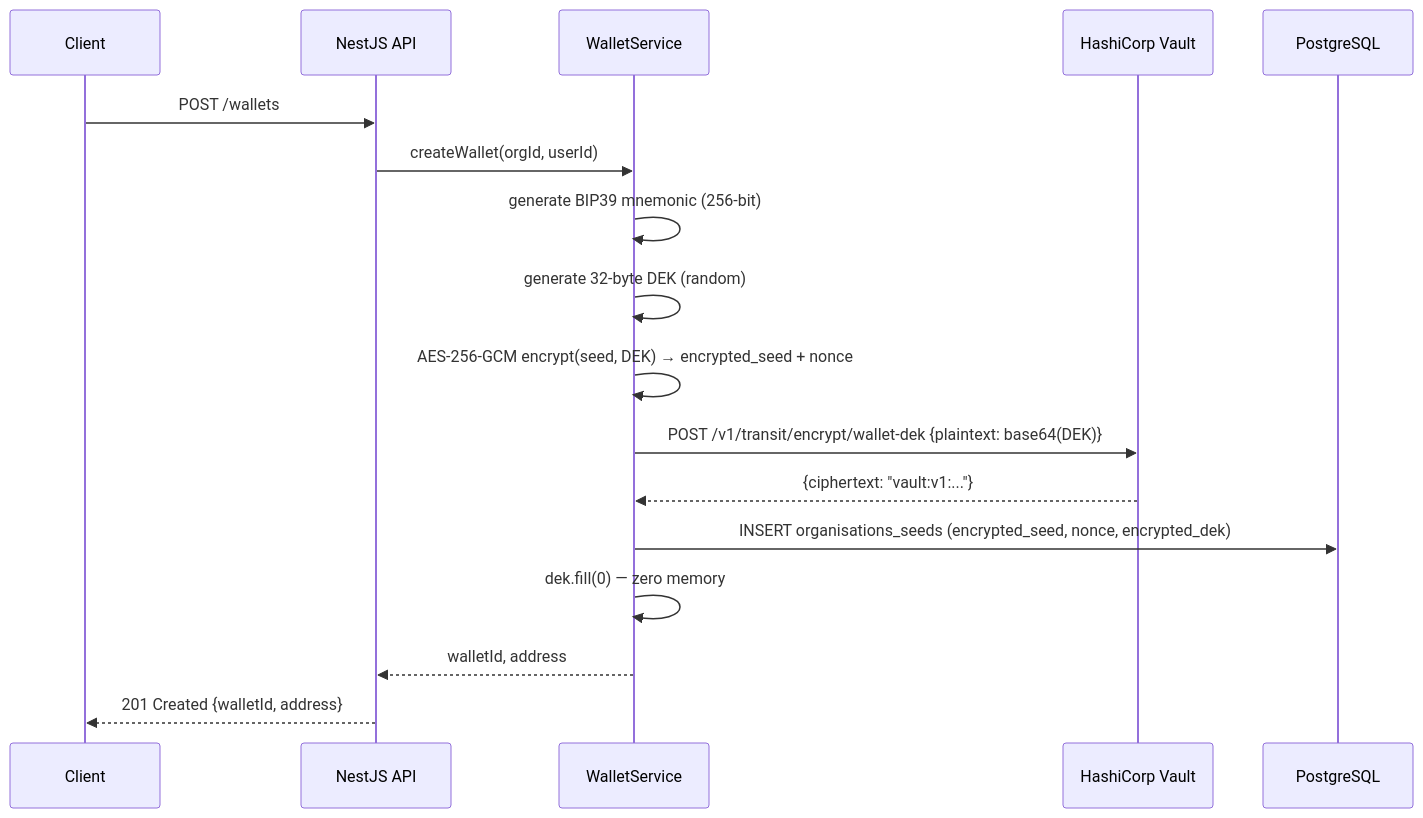
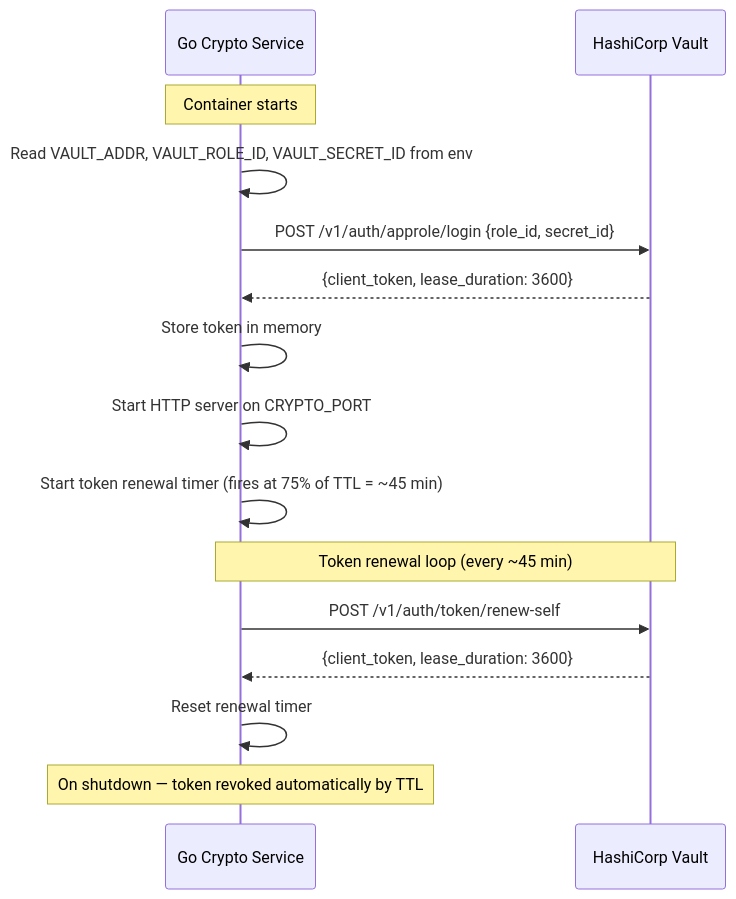
One commit to sg-milad/BrokeTurnkey changed the first of 5 diagrams in docs/SEQUENCE_DIAGRAMS.md. Above: the diagram before and after it, drawn with Mermaid. The commit also changed other lines of this file and 6 other files, not shown here.

````diff
--- a/docs/SEQUENCE_DIAGRAMS.md
+++ b/docs/SEQUENCE_DIAGRAMS.md
@@ -7,24 +13,20 @@
 ```mermaid
 sequenceDiagram
-    participant C as Client
-    participant API as NestJS API
-    participant WS as WalletService
+    participant GO as Go Crypto Service
     participant V as HashiCorp Vault
-    participant DB as PostgreSQL
 
-    C->>API: POST /wallets
-    API->>WS: createWallet(orgId, userId)
+    note over GO: Container starts
+    GO->>GO: Read VAULT_ADDR, VAULT_ROLE_ID, VAULT_SECRET_ID from env
+    GO->>V: POST /v1/auth/approle/login {role_id, secret_id}
+    V-->>GO: {client_token, lease_duration: 3600}
+    GO->>GO: Store token in memory
+    GO->>GO: Start HTTP server on CRYPTO_PORT
+    GO->>GO: Start token renewal timer (fires at 75% of TTL = ~45 min)
 
-    WS->>WS: generate BIP39 mnemonic (256-bit)
-    WS->>WS: generate 32-byte DEK (random)
-    WS->>WS: AES-256-GCM encrypt(seed, DEK) → encrypted_seed + nonce
+    note over GO,V: Token renewal loop (every ~45 min)
+    GO->>V: POST /v1/auth/token/renew-self
+    V-->>GO: {client_token, lease_duration: 3600}
+    GO->>GO: Reset renewal timer
 
-    WS->>V: POST /v1/transit/encrypt/wallet-dek {plaintext: base64(DEK)}
-    V-->>WS: {ciphertext: "vault:v1:..."}
-
-    WS->>DB: INSERT organisations_seeds (encrypted_seed, nonce, encrypted_dek)
-    WS->>WS: dek.fill(0) — zero memory
-
-    WS-->>API: walletId, address
-    API-->>C: 201 Created {walletId, address}
+    note over GO: On shutdown — token revoked automatically by TTL
 ```
````
